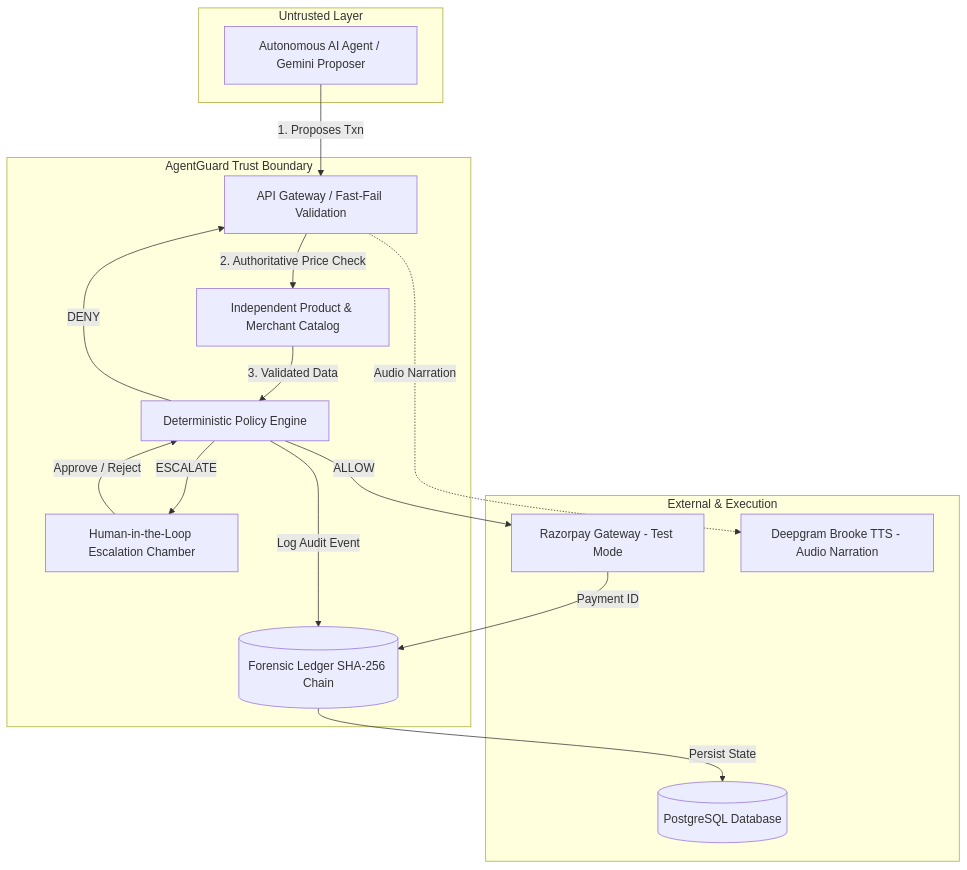
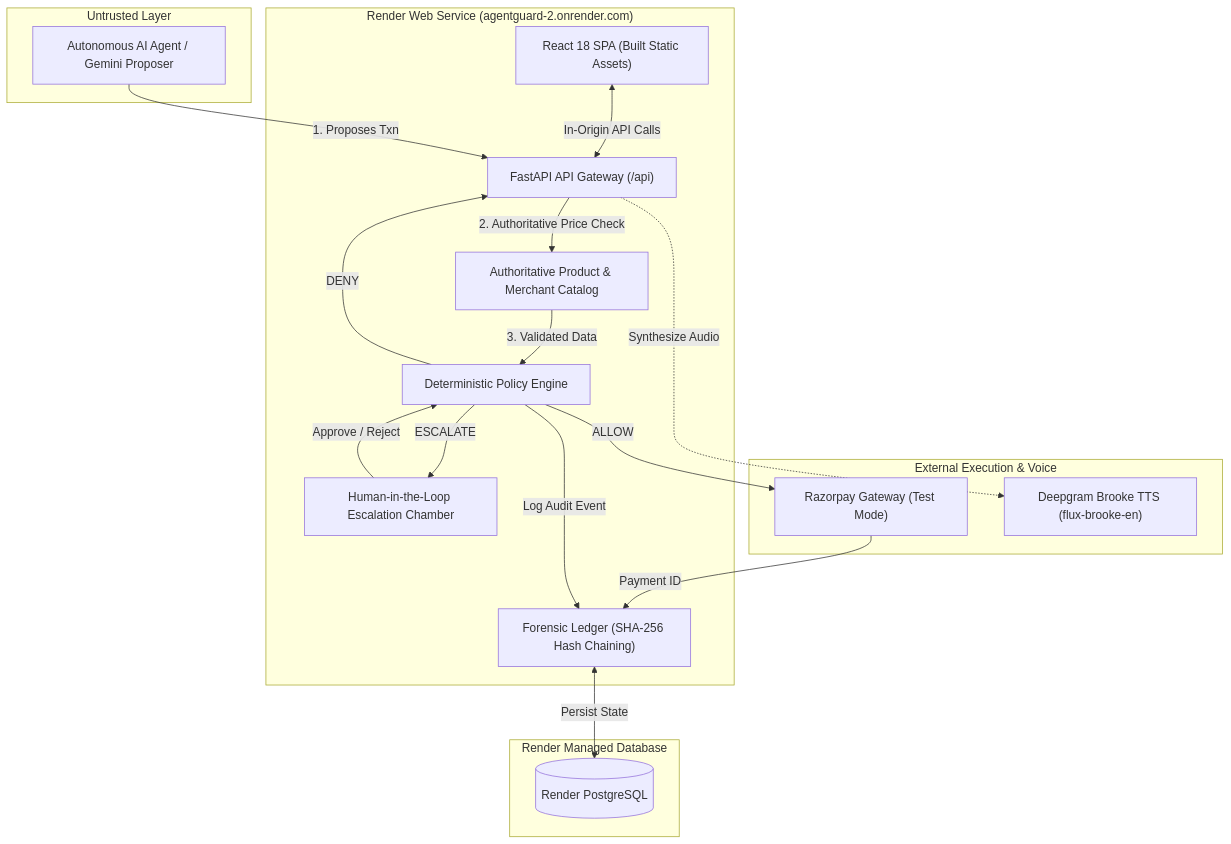
One commit to tkapilkishore-oss/AgentGuard changed the diagram in README.md. Above: the diagram before and after it, drawn with Mermaid. The commit also changed other lines of this file, not shown here.

Commit message:
Document Render production deployment

````diff
--- a/README.md
+++ b/README.md
@@ -54,32 +107,37 @@
 ```mermaid
 flowchart TD
     subgraph Untrusted Layer
-        Agent[Autonomous AI Agent / Gemini Proposer]
+        Agent["Autonomous AI Agent / Gemini Proposer"]
     end
 
-    subgraph AgentGuard Trust Boundary
-        Gateway[API Gateway / Fast-Fail Validation]
-        Catalog[Independent Product & Merchant Catalog]
-        Engine[Deterministic Policy Engine]
-        Human[Human-in-the-Loop Escalation Chamber]
-        Ledger[(Forensic Ledger SHA-256 Chain)]
+    subgraph Render Web Service ["Render Web Service (agentguard-2.onrender.com)"]
+        SPA["React 18 SPA (Built Static Assets)"]
+        Gateway["FastAPI API Gateway (/api)"]
+        Catalog["Authoritative Product & Merchant Catalog"]
+        Engine["Deterministic Policy Engine"]
+        Human["Human-in-the-Loop Escalation Chamber"]
+        Ledger["Forensic Ledger (SHA-256 Hash Chaining)"]
     end
 
-    subgraph External & Execution
-        Razorpay[Razorpay Gateway - Test Mode]
-        Postgres[(PostgreSQL Database)]
-        TTS[Deepgram Brooke TTS - Audio Narration]
+    subgraph Render Managed Database
+        Postgres[("Render PostgreSQL")]
     end
 
+    subgraph External Execution & Voice
+        Razorpay["Razorpay Gateway (Test Mode)"]
+        Deepgram["Deepgram Brooke TTS (flux-brooke-en)"]
+    end
+
+    SPA <-->|In-Origin API Calls| Gateway
     Agent -->|1. Proposes Txn| Gateway
     Gateway -->|2. Authoritative Price Check| Catalog
     Catalog -->|3. Validated Data| Engine
     Engine -->|ALLOW| Razorpay
     Engine -->|ESCALATE| Human
     Engine -->|DENY| Gateway
     Human -->|Approve / Reject| Engine
     Razorpay -->|Payment ID| Ledger
     Engine -->|Log Audit Event| Ledger
-    Ledger -->|Persist State| Postgres
-    Gateway -.->|Audio Narration| TTS
+    Ledger <-->|Persist State| Postgres
+    Gateway -.->|Synthesize Audio| Deepgram
 ```
````
